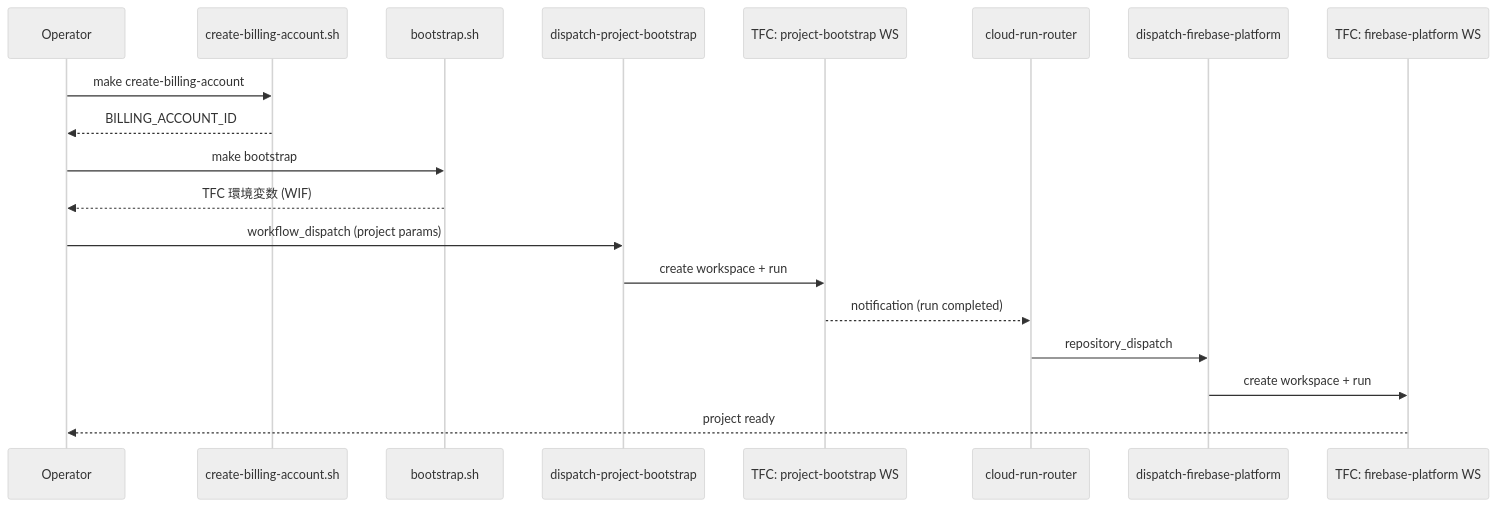
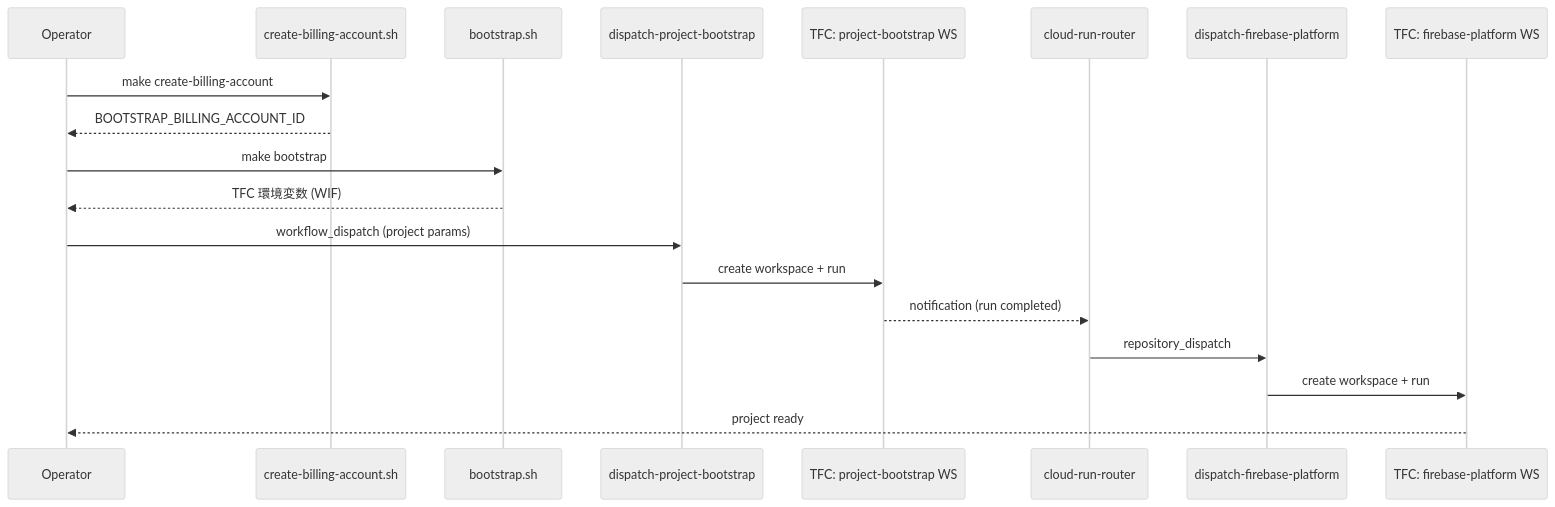
Before and after one commit to cilly-yllic/terraform-google-platform: the diagram in docs/getting-started/README.md, drawn with Mermaid (neutral theme). The commit also changed other lines of this file and 30 other files, not shown here.

````diff
--- a/docs/getting-started/README.md
+++ b/docs/getting-started/README.md
@@ -9,22 +9,22 @@
 ```mermaid
 sequenceDiagram
     participant User as Operator
     participant Billing as create-billing-account.sh
     participant Bootstrap as bootstrap.sh
     participant GHA1 as dispatch-project-bootstrap
     participant TFC1 as TFC: project-bootstrap WS
     participant Router as cloud-run-router
     participant GHA2 as dispatch-firebase-platform
     participant TFC2 as TFC: firebase-platform WS
 
     User->>Billing: make create-billing-account
-    Billing-->>User: BILLING_ACCOUNT_ID
+    Billing-->>User: BOOTSTRAP_BILLING_ACCOUNT_ID
     User->>Bootstrap: make bootstrap
     Bootstrap-->>User: TFC 環境変数 (WIF)
     User->>GHA1: workflow_dispatch (project params)
     GHA1->>TFC1: create workspace + run
     TFC1-->>Router: notification (run completed)
     Router->>GHA2: repository_dispatch
     GHA2->>TFC2: create workspace + run
     TFC2-->>User: project ready
 ```
````
